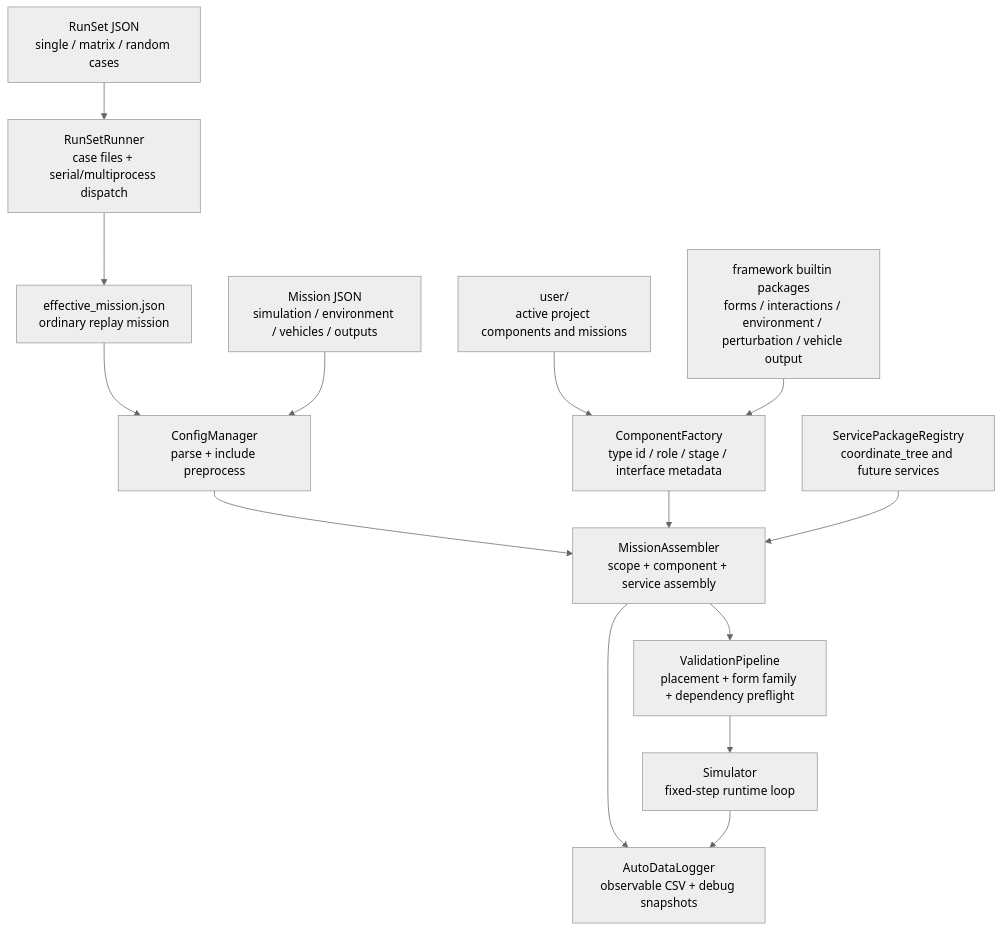
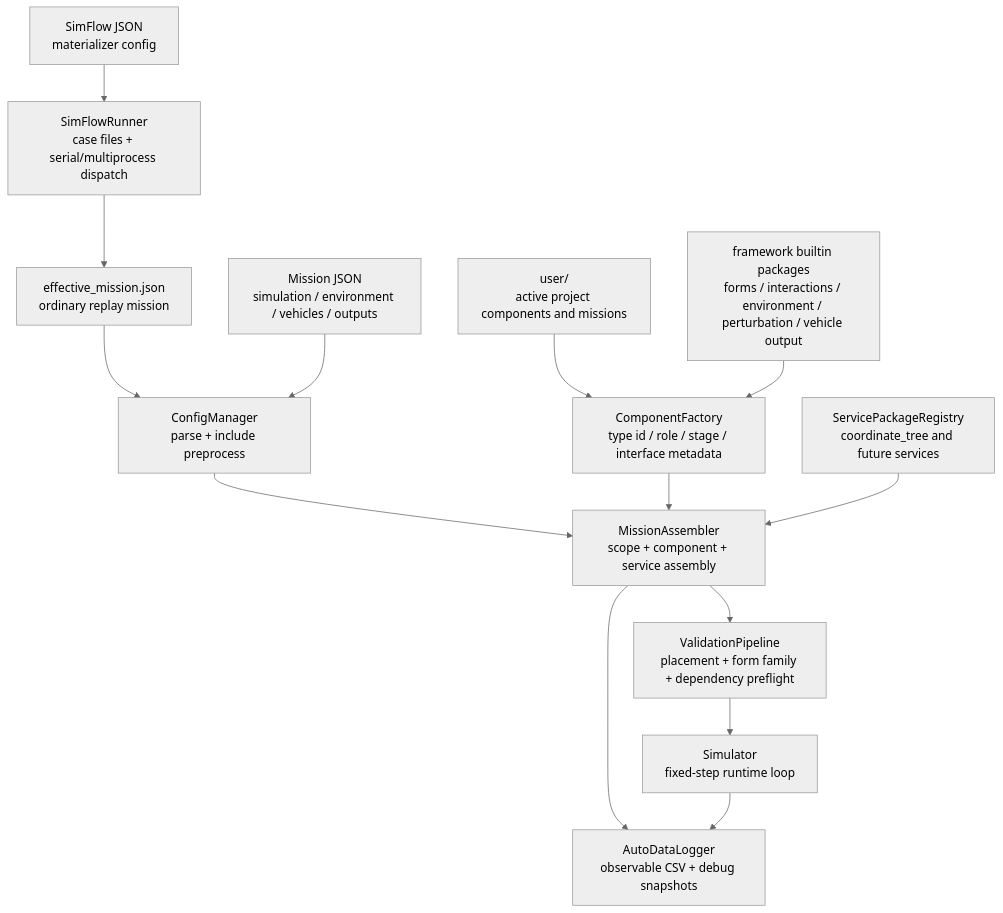
The first of 6 diagrams in doc/00-current-architecture.md (aofenghanyue/GNCZMKN), drawn with Mermaid (neutral theme) before and after one commit. The commit also changed other lines of this file and 30 other files, not shown here.

First line of the commit message:
feat(simflow): 引入仿真前置物化层以取代 RunSet

````diff
--- a/doc/00-current-architecture.md
+++ b/doc/00-current-architecture.md
@@ -11,27 +11,27 @@
 ```mermaid
 flowchart TB
     Mission["Mission JSON<br/>simulation / environment / vehicles / outputs"]
-    RunSet["RunSet JSON<br/>single / matrix / random cases"]
-    RunSetRunner["RunSetRunner<br/>case files + serial/multiprocess dispatch"]
+    SimFlow["SimFlow JSON<br/>materializer config"]
+    SimFlowRunner["SimFlowRunner<br/>case files + serial/multiprocess dispatch"]
     Effective["effective_mission.json<br/>ordinary replay mission"]
     Config["ConfigManager<br/>parse + include preprocess"]
     Factory["ComponentFactory<br/>type id / role / stage / interface metadata"]
     Services["ServicePackageRegistry<br/>coordinate_tree and future services"]
     Assembler["MissionAssembler<br/>scope + component + service assembly"]
     Validation["ValidationPipeline<br/>placement + form family + dependency preflight"]
     Simulator["Simulator<br/>fixed-step runtime loop"]
     Logger["AutoDataLogger<br/>observable CSV + debug snapshots"]
     User["user/<project><br/>active project components and missions"]
     Builtin["framework builtin packages<br/>forms / interactions / environment / perturbation / vehicle output"]
 
     User --> Factory
     Builtin --> Factory
-    RunSet --> RunSetRunner --> Effective
+    SimFlow --> SimFlowRunner --> Effective
     Effective --> Config
     Mission --> Config --> Assembler
     Factory --> Assembler
     Services --> Assembler
     Assembler --> Validation --> Simulator
     Assembler --> Logger
     Simulator --> Logger
 ```
````
